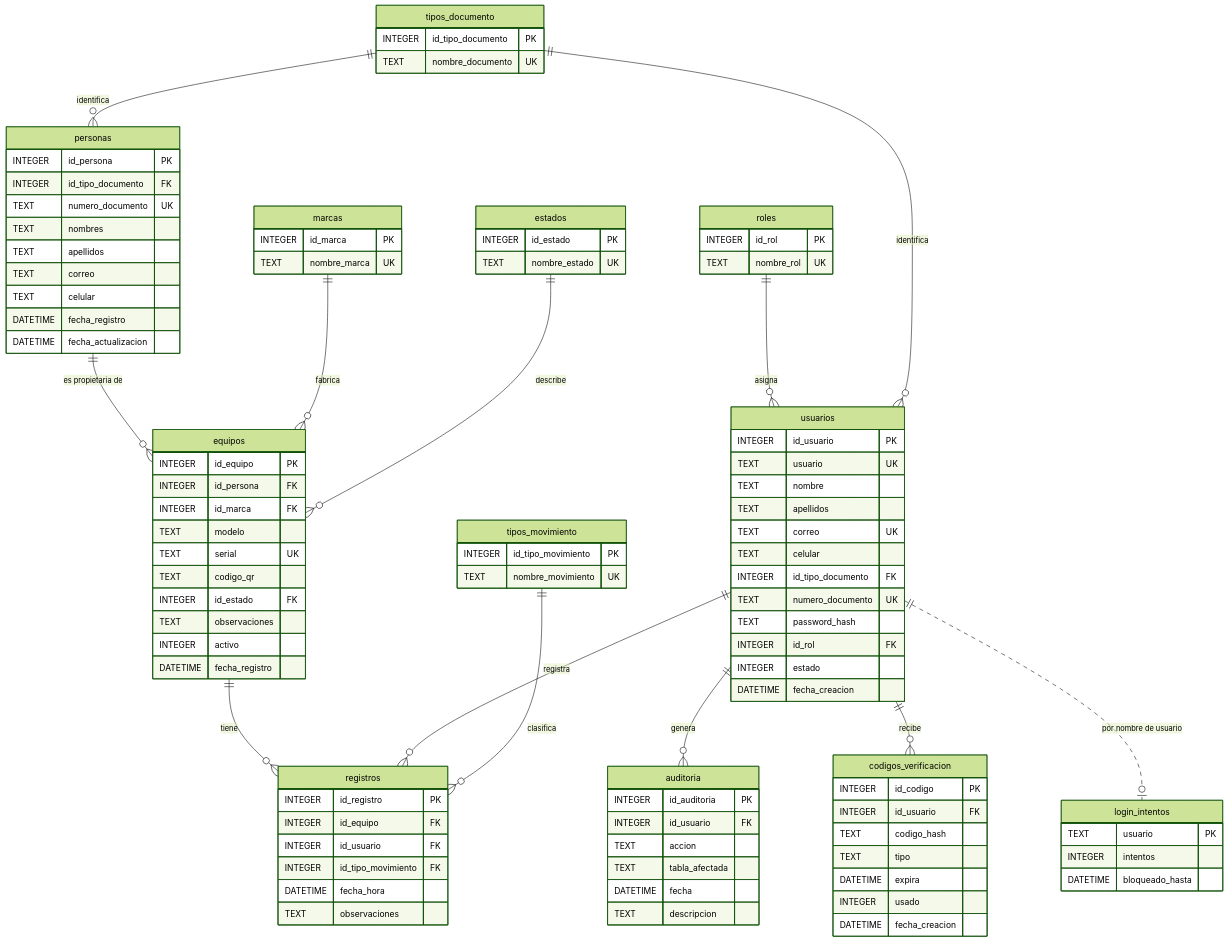
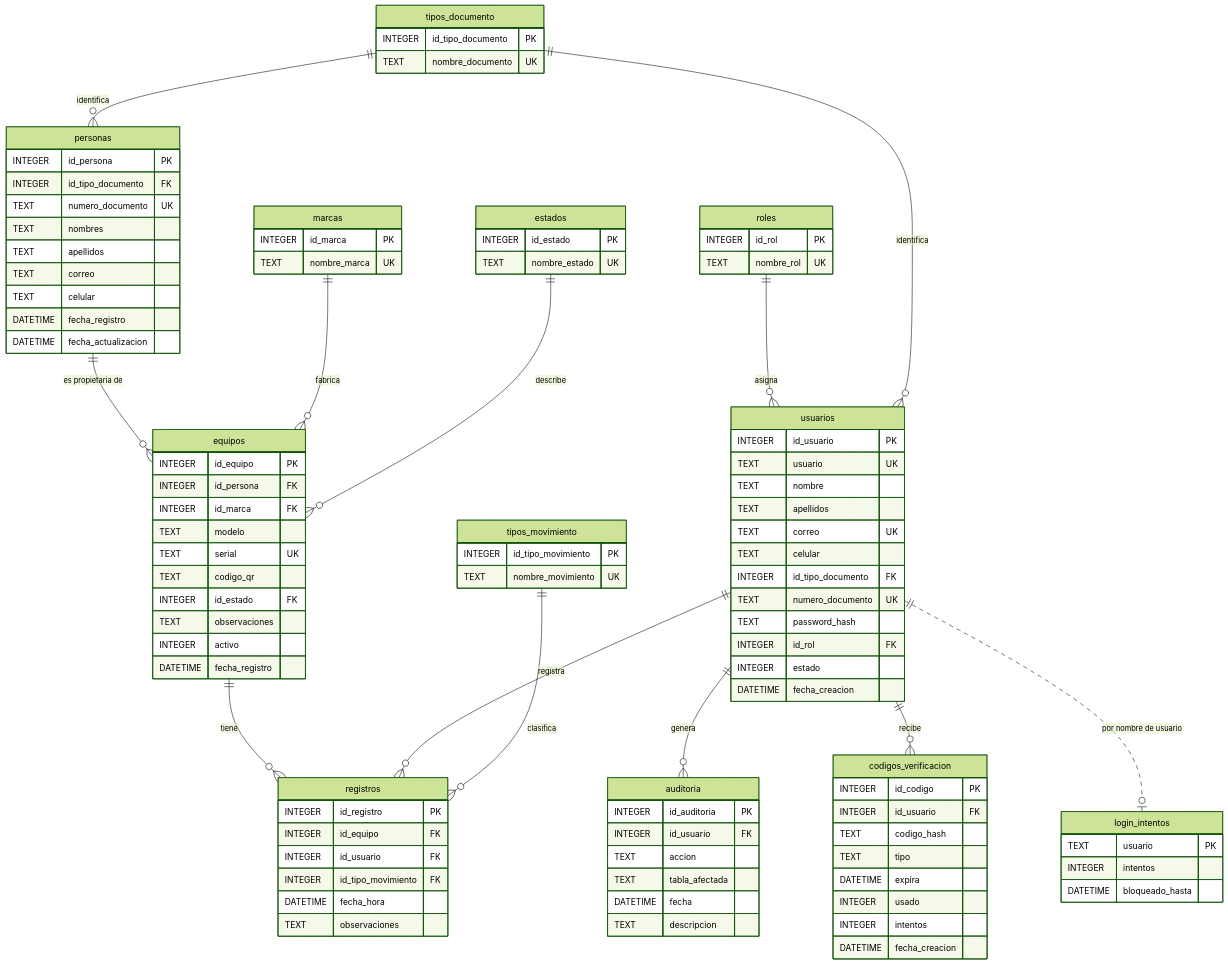
Before and after one commit to checkit632-boop/CheckIT: the diagram in docs/Diagrama Entidad-Relacion.md, drawn with Mermaid (forest theme). The commit also changed 2 other files, not shown here.

Commit message:
docs(db): O-02 sincronizar Script_checkIt.sql, diccionario y diagrama E-R

````diff
--- a/docs/Diagrama Entidad-Relacion.md
+++ b/docs/Diagrama Entidad-Relacion.md
@@ -104,6 +104,7 @@
         TEXT tipo
         DATETIME expira
         INTEGER usado
+        INTEGER intentos
         DATETIME fecha_creacion
     }
 ```
````
